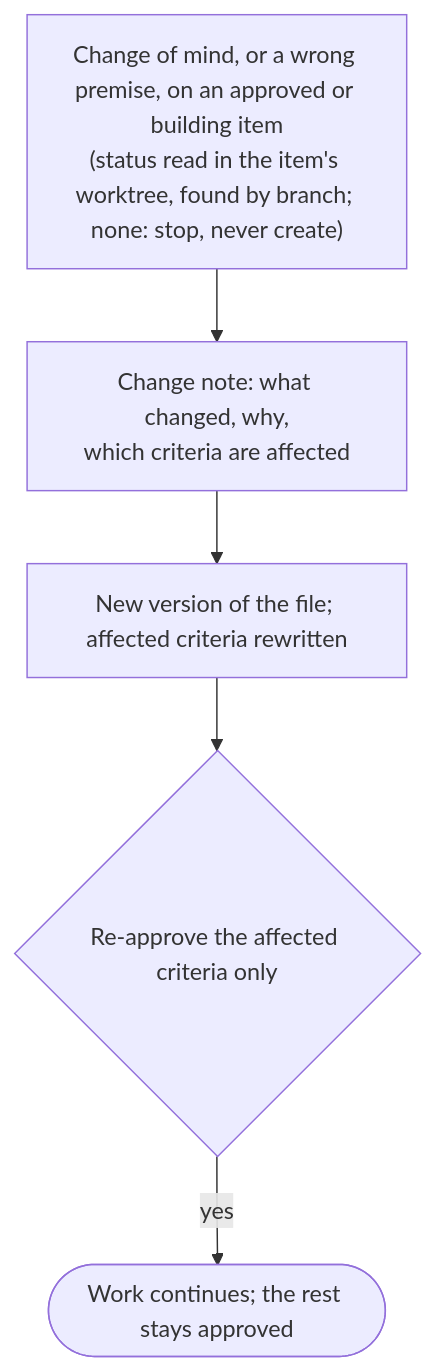
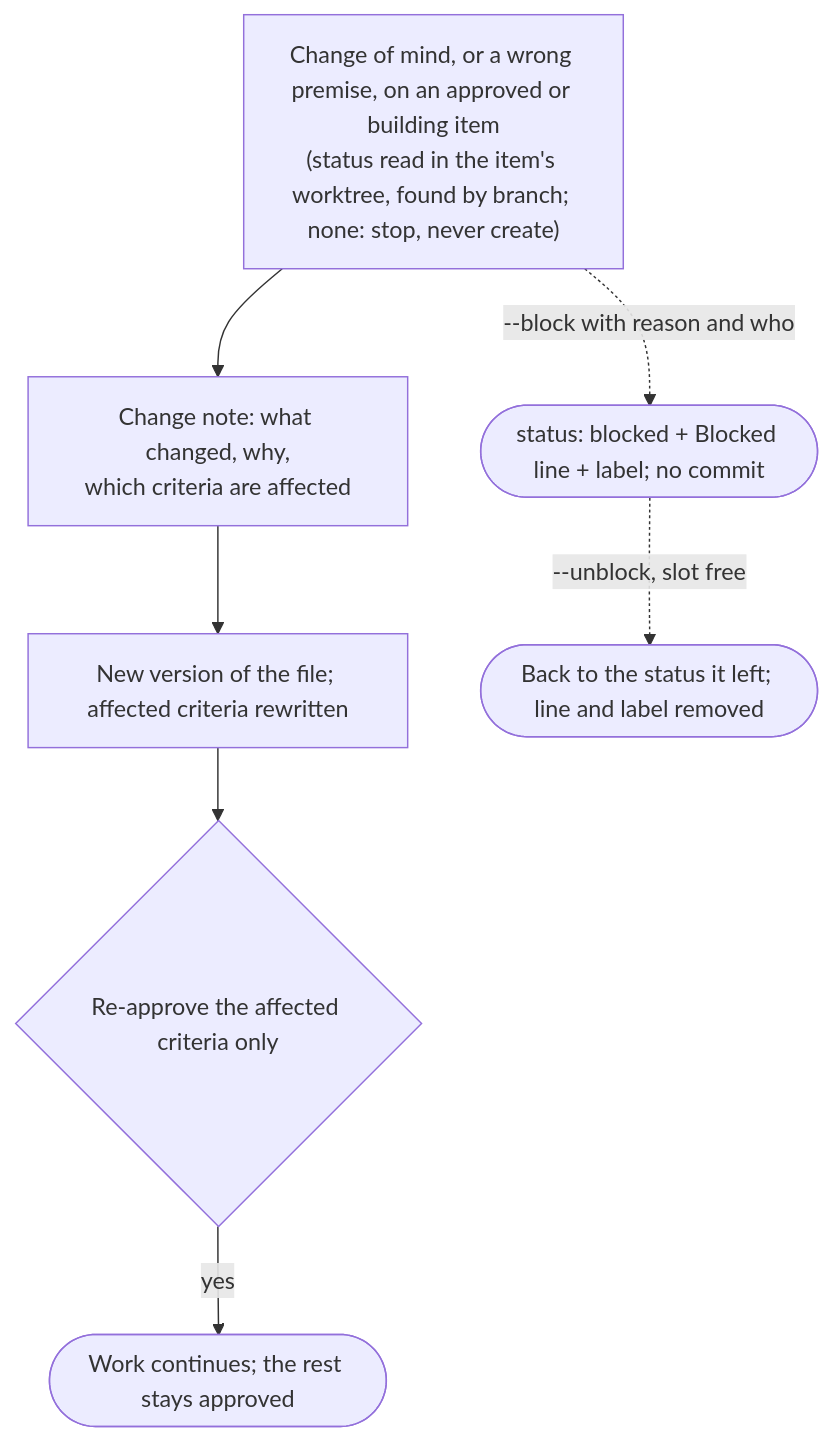
Diagram 11 of 21 in docs/agile/workflow.md (alexcanario/simulab), drawn with Mermaid before and after one commit. The commit also changed other lines of this file and 15 other files, not shown here.

````diff
--- a/docs/agile/workflow.md
+++ b/docs/agile/workflow.md
@@ -3325,7 +3860,9 @@
 ```mermaid
 flowchart TD
     A["Change of mind, or a wrong premise, on an approved or building item<br/>(status read in the item's worktree, found by branch; none: stop, never create)"] --> B["Change note: what changed, why,<br/>which criteria are affected"]
     B --> C["New version of the file; affected criteria rewritten"]
     C --> D{"Re-approve the affected criteria only"}
     D -->|yes| E(["Work continues; the rest stays approved"])
+    A -.->|"--block with reason and who"| F(["status: blocked + Blocked line + label; no commit"])
+    F -.->|"--unblock, slot free"| G(["Back to the status it left; line and label removed"])
 ```
````
